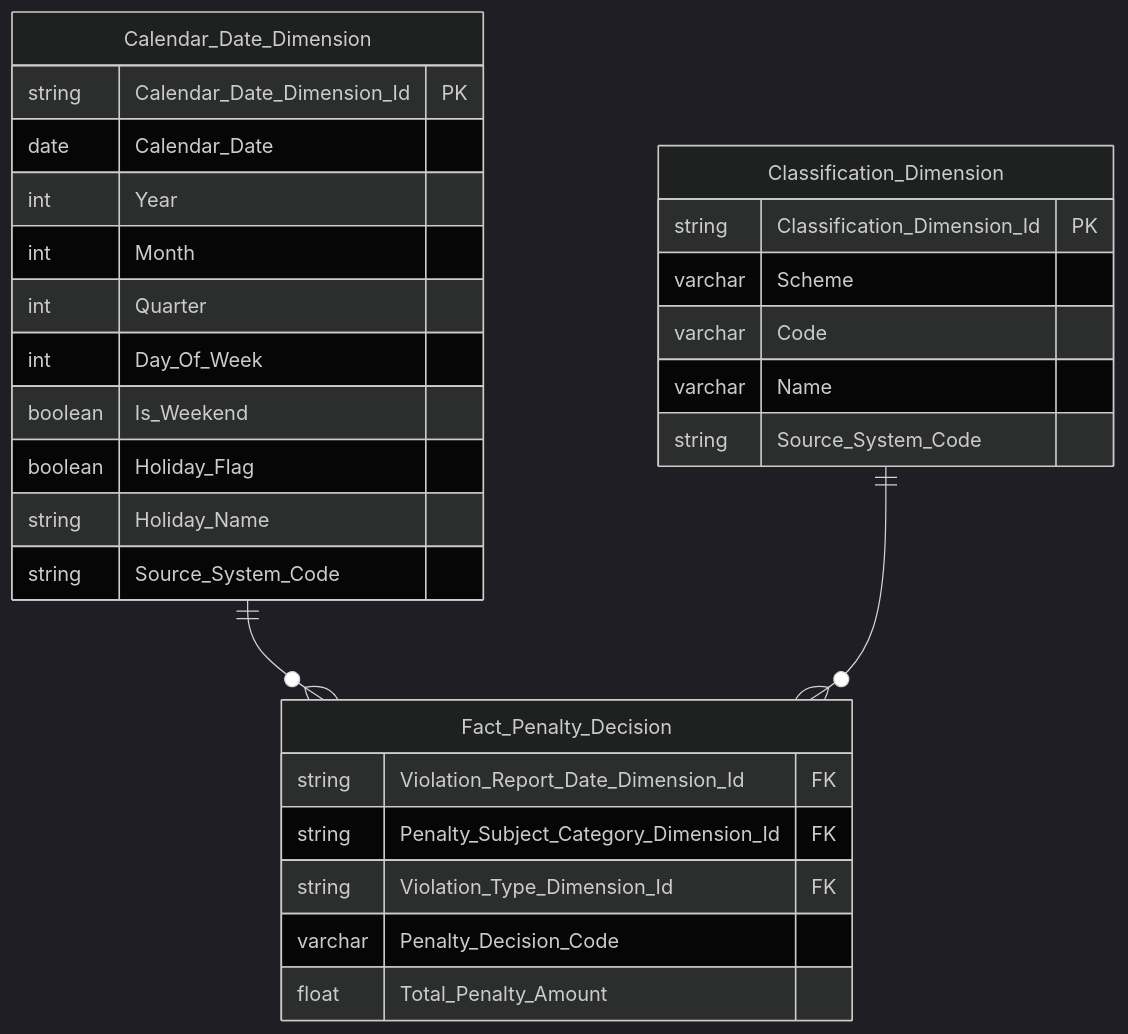
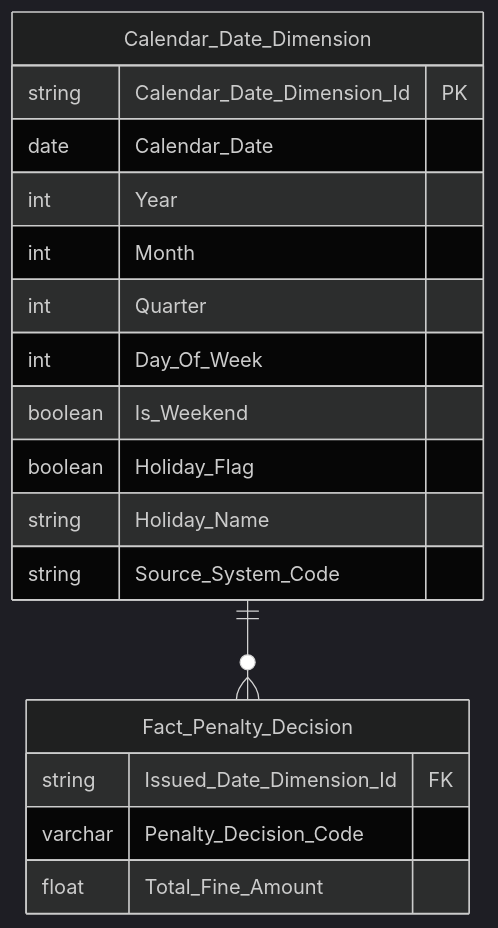
One commit to linhlvit/ubck_atomic_design changed diagram 29 of 43 in Datamart/hld/DTM_TT_HLD.md. Above: the diagram before and after it, drawn with Mermaid (dark theme). The commit also changed other lines of this file and 9 other files, not shown here.

````diff
--- a/Datamart/hld/DTM_TT_HLD.md
+++ b/Datamart/hld/DTM_TT_HLD.md
@@ -709,31 +1093,21 @@
 ```mermaid
 erDiagram
     Calendar_Date_Dimension ||--o{ Fact_Penalty_Decision : " "
-    Classification_Dimension ||--o{ Fact_Penalty_Decision : " "
     Fact_Penalty_Decision {
-        string Violation_Report_Date_Dimension_Id FK
-        string Penalty_Subject_Category_Dimension_Id FK
-        string Violation_Type_Dimension_Id FK
+        string Issued_Date_Dimension_Id FK
         varchar Penalty_Decision_Code
-        float Total_Penalty_Amount
+        float Total_Fine_Amount
     }
     Calendar_Date_Dimension {
         string Calendar_Date_Dimension_Id PK
         date Calendar_Date
         int Year
         int Month
         int Quarter
         int Day_Of_Week
         boolean Is_Weekend
         boolean Holiday_Flag
         string Holiday_Name
         string Source_System_Code
     }
-    Classification_Dimension {
-        string Classification_Dimension_Id PK
-        varchar Scheme
-        varchar Code
-        varchar Name
-        string Source_System_Code
-    }
 ```
````
